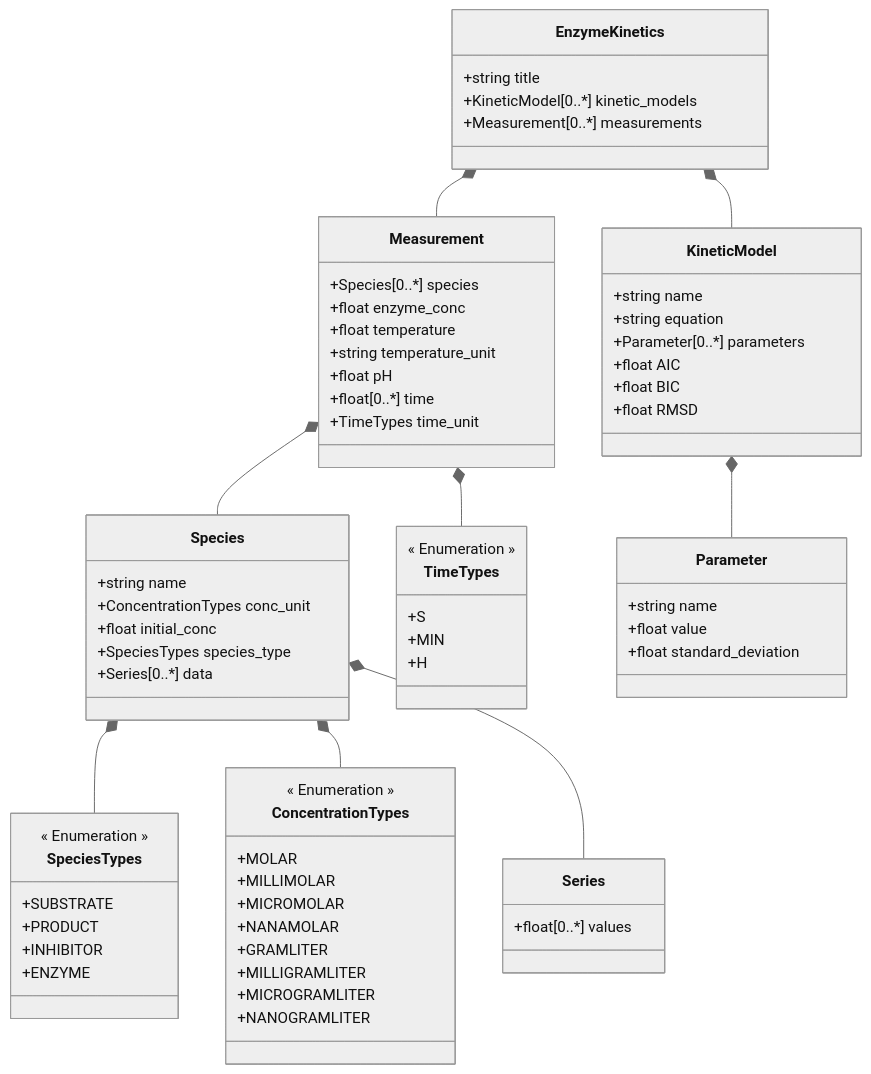
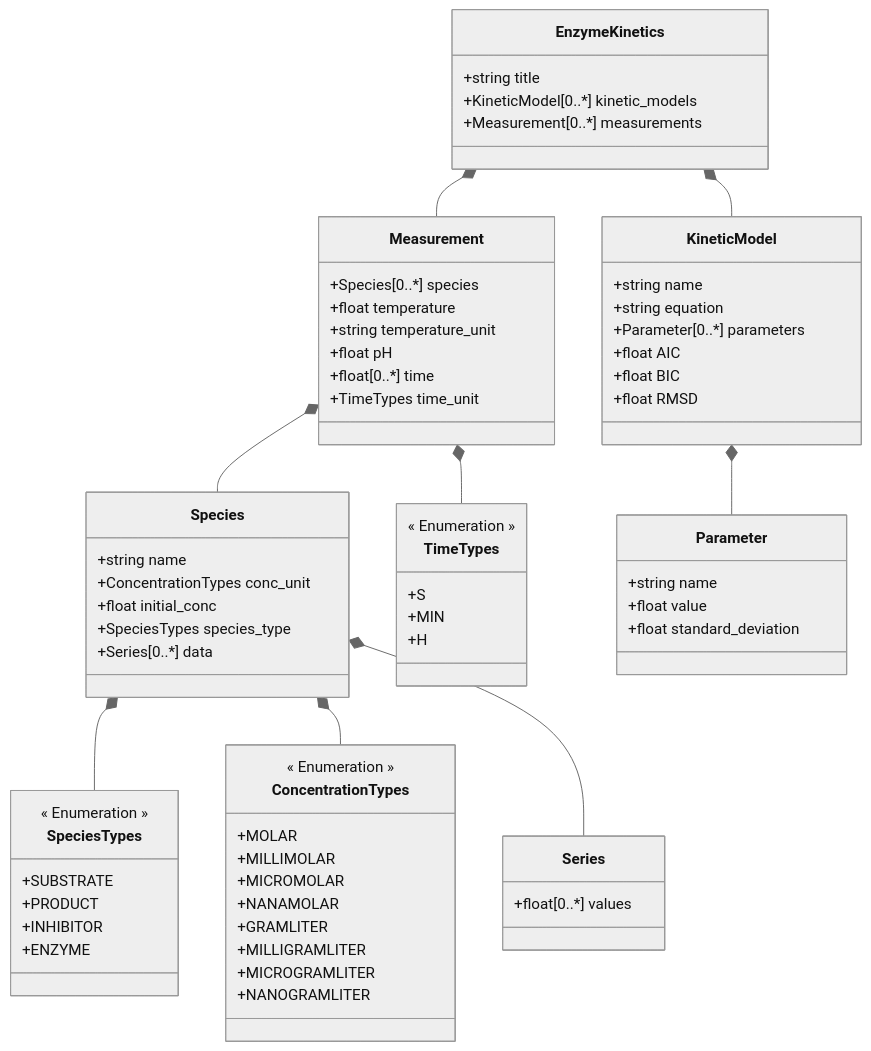
Before and after one commit to FAIRChemistry/EnzymePynetics: the diagram in EnzymePynetics/schemes/enzymepynetics_schema.md, drawn with Mermaid (neutral theme). The commit also changed 7 other files, not shown here.

````diff
--- a/EnzymePynetics/schemes/enzymepynetics_schema.md
+++ b/EnzymePynetics/schemes/enzymepynetics_schema.md
@@ -1,82 +1,81 @@
 ```mermaid
 classDiagram
     EnzymeKinetics *-- Measurement
     EnzymeKinetics *-- KineticModel
     Species *-- SpeciesTypes
     Species *-- ConcentrationTypes
     Species *-- Series
     Measurement *-- TimeTypes
     Measurement *-- Species
     KineticModel *-- Parameter
     
     class EnzymeKinetics {
         +string title
         +KineticModel[0..*] kinetic_models
         +Measurement[0..*] measurements
     }
     
     class Species {
         +string name
         +ConcentrationTypes conc_unit
         +float initial_conc
         +SpeciesTypes species_type
         +Series[0..*] data
     }
     
     class Measurement {
         +Species[0..*] species
-        +float enzyme_conc
         +float temperature
         +string temperature_unit
         +float pH
         +float[0..*] time
         +TimeTypes time_unit
     }
     
     class KineticModel {
         +string name
         +string equation
         +Parameter[0..*] parameters
         +float AIC
         +float BIC
         +float RMSD
     }
     
     class Parameter {
         +string name
         +float value
         +float standard_deviation
     }
     
     class Series {
         +float[0..*] values
     }
     
     class SpeciesTypes {
         << Enumeration >>
         +SUBSTRATE
         +PRODUCT
         +INHIBITOR
         +ENZYME
     }
     
     class ConcentrationTypes {
         << Enumeration >>
         +MOLAR
         +MILLIMOLAR
         +MICROMOLAR
         +NANAMOLAR
         +GRAMLITER
         +MILLIGRAMLITER
         +MICROGRAMLITER
         +NANOGRAMLITER
     }
     
     class TimeTypes {
         << Enumeration >>
         +S
         +MIN
         +H
     }
     
 ```
````
